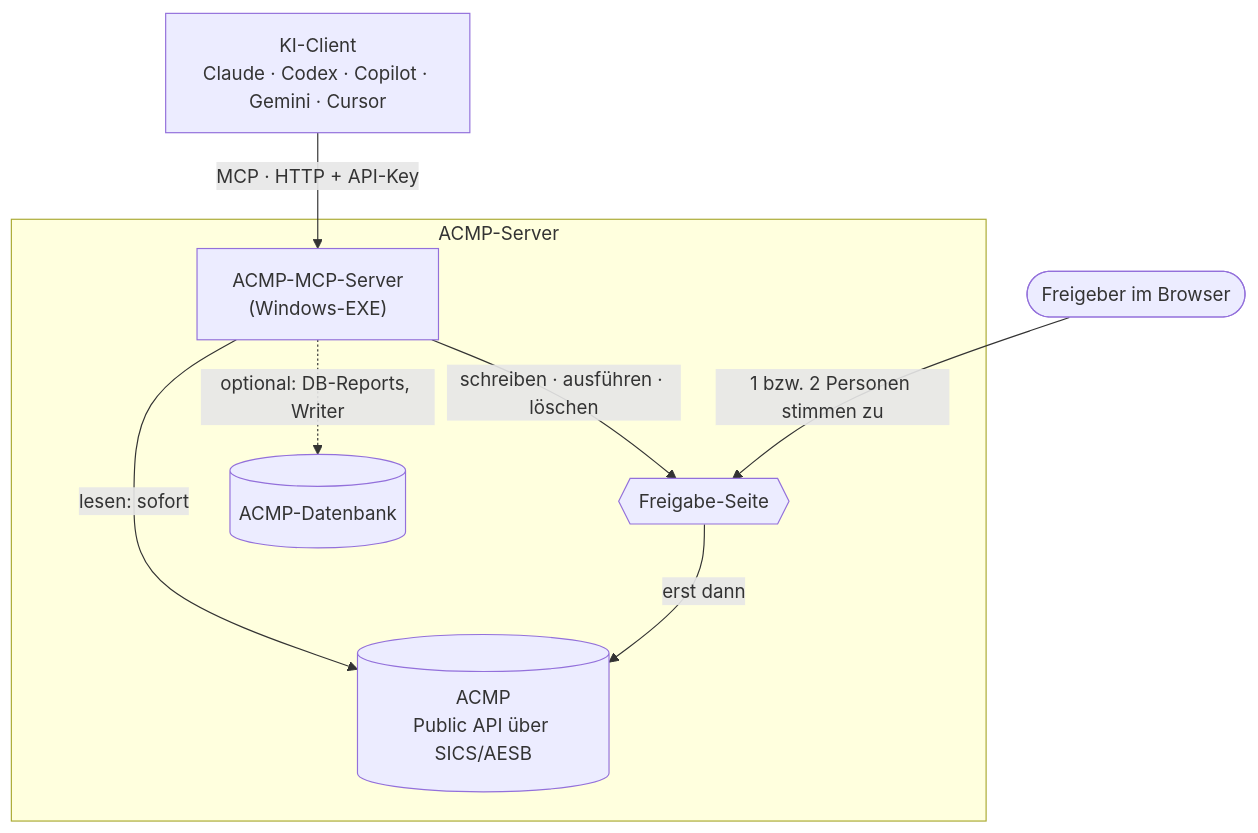
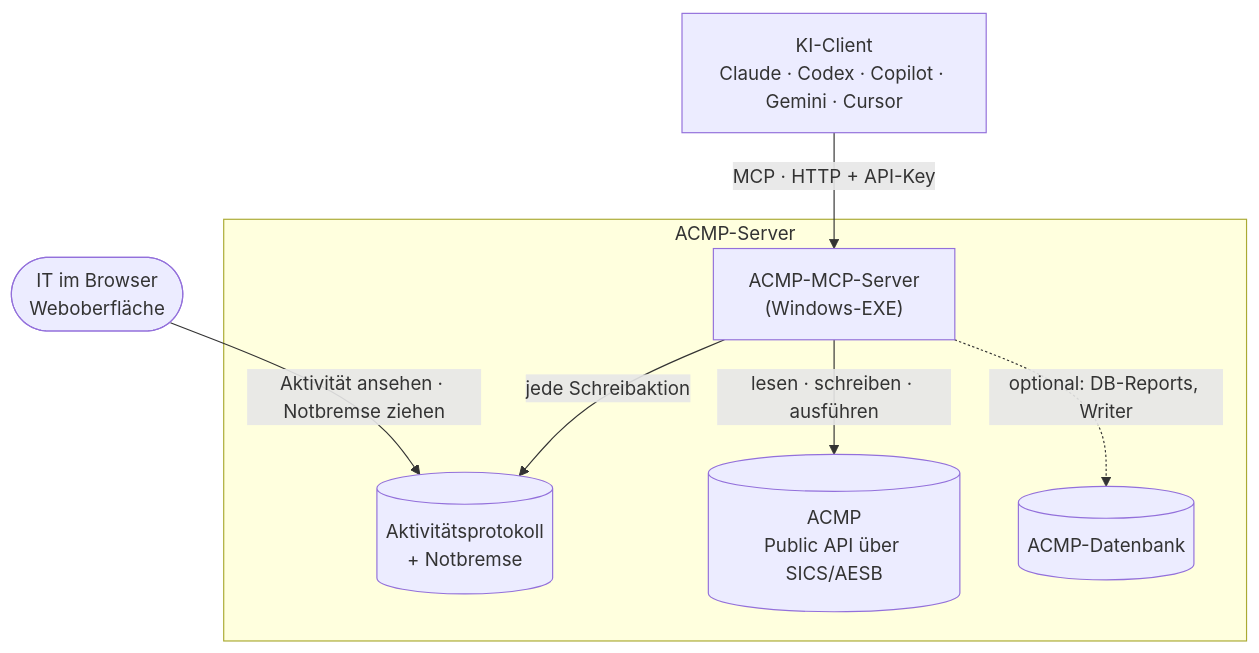
One commit to Herzog-GmbH/acmp-mcp changed the diagram in README.md. Above: the diagram before and after it, drawn with Mermaid. The commit also changed other lines of this file and 43 other files, not shown here.

First line of the commit message:
Vier-Augen-Freigabe abgeschafft: Aktivitätsprotokoll, Notbremse, Web-Login; Job-Tools

````diff
--- a/README.md
+++ b/README.md
@@ -130,17 +130,16 @@
 ```mermaid
 flowchart TB
     KI["KI-Client<br/>Claude · Codex · Copilot · Gemini · Cursor"]
     subgraph SRV["ACMP-Server"]
         MCP["ACMP-MCP-Server<br/>(Windows-EXE)"]
-        GATE{{"Freigabe-Seite"}}
+        LOG[("Aktivitätsprotokoll<br/>+ Notbremse")]
         ACMP[("ACMP<br/>Public API über SICS/AESB")]
         DB[("ACMP-Datenbank")]
     end
-    TEAM(["Freigeber im Browser"])
+    TEAM(["IT im Browser<br/>Weboberfläche"])
     KI -->|"MCP · HTTP + API-Key"| MCP
-    MCP -->|"lesen: sofort"| ACMP
-    MCP -->|"schreiben · ausführen · löschen"| GATE
-    TEAM -->|"1 bzw. 2 Personen stimmen zu"| GATE
-    GATE -->|"erst dann"| ACMP
+    MCP -->|"lesen · schreiben · ausführen"| ACMP
+    MCP -->|"jede Schreibaktion"| LOG
+    TEAM -->|"Aktivität ansehen · Notbremse ziehen"| LOG
     MCP -.->|"optional: DB-Reports, Writer"| DB
 ```
````
